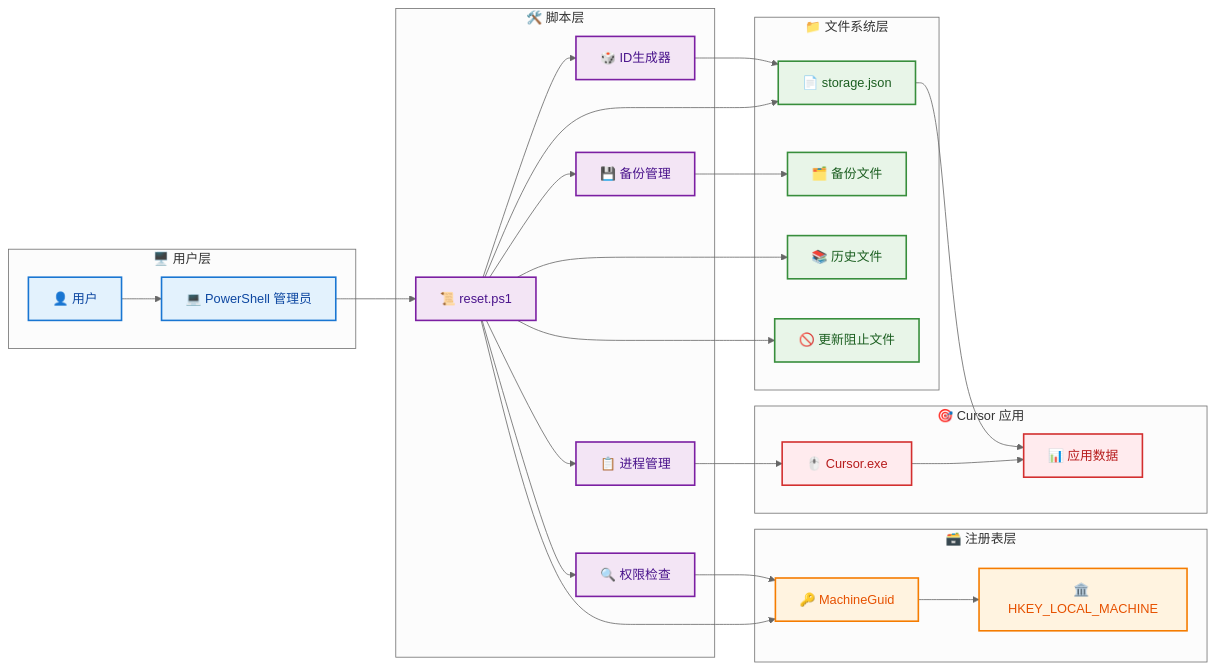
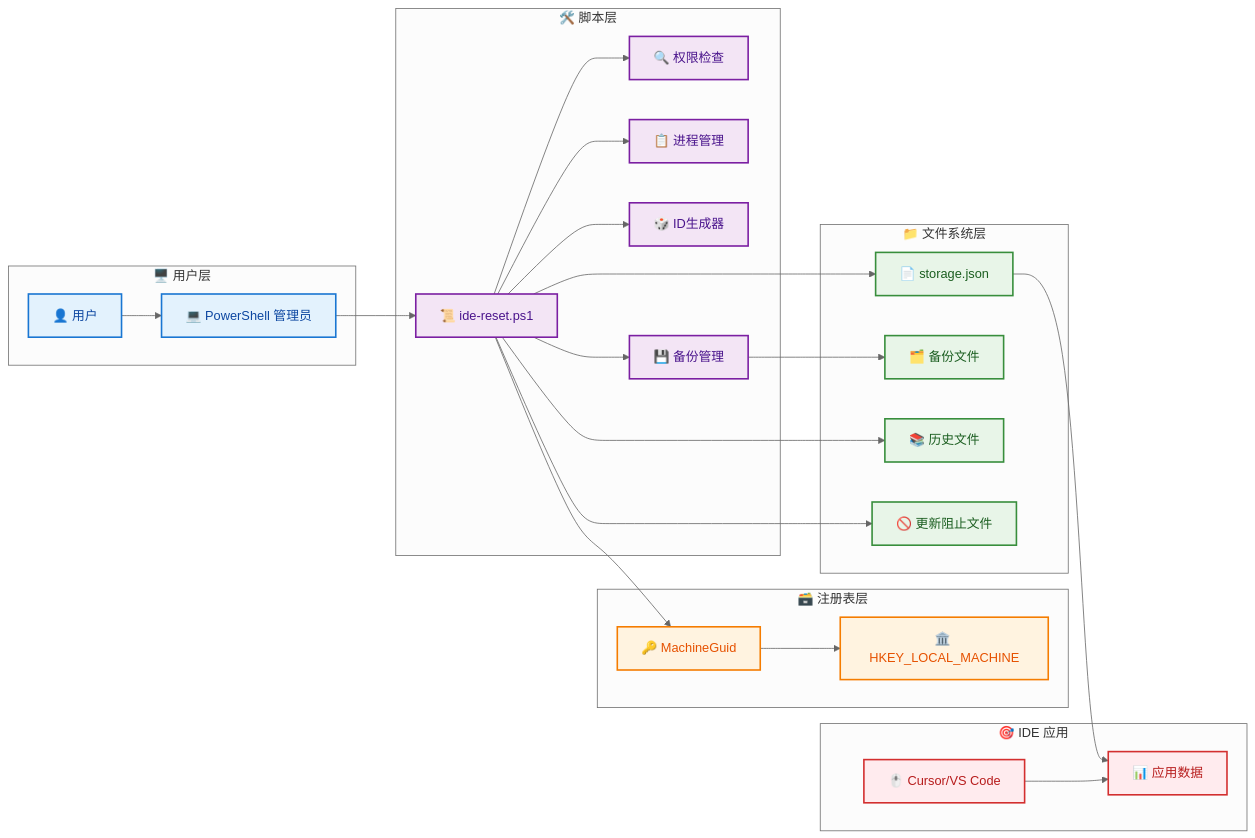
Before and after one commit to Ramys/Cursor-Ramys: the second of 2 diagrams in README.md, drawn with Mermaid (neutral theme). The commit also changed other lines of this file and 3 other files, not shown here.

````diff
--- a/README.md
+++ b/README.md
@@ -101,68 +155,64 @@
 ```mermaid
 graph LR
     subgraph "🖥️ 用户层"
         U[👤 用户]
         PS[💻 PowerShell 管理员]
     end
 
     subgraph "🛠️ 脚本层"
-        S[📜 reset.ps1]
+        S[📜 ide-reset.ps1]
         F1[🔍 权限检查]
         F2[📋 进程管理]
         F3[🎲 ID生成器]
         F4[💾 备份管理]
     end
 
     subgraph "📁 文件系统层"
         CF[📄 storage.json]
         BF[🗂️ 备份文件]
         HF[📚 历史文件]
         UF[🚫 更新阻止文件]
     end
 
     subgraph "🗃️ 注册表层"
         REG[🔑 MachineGuid]
         HKLM[🏛️ HKEY_LOCAL_MACHINE]
     end
 
-    subgraph "🎯 Cursor 应用"
-        APP[🖱️ Cursor.exe]
+    subgraph "🎯 IDE 应用"
+        APP[🖱️ Cursor/VS Code]
         DATA[📊 应用数据]
     end
 
-    %% 连接关系
     U --> PS
     PS --> S
     S --> F1
     S --> F2
     S --> F3
     S --> F4
 
-    F1 --> REG
-    F2 --> APP
-    F3 --> CF
     F4 --> BF
 
     S --> CF
     S --> HF
     S --> UF
     S --> REG
 
     REG --> HKLM
     CF --> DATA
     APP --> DATA
 
     %% 样式定义
     classDef userStyle fill:#E3F2FD,stroke:#1976D2,stroke-width:2px,color:#0D47A1
     classDef scriptStyle fill:#F3E5F5,stroke:#7B1FA2,stroke-width:2px,color:#4A148C
     classDef fileStyle fill:#E8F5E8,stroke:#388E3C,stroke-width:2px,color:#1B5E20
     classDef regStyle fill:#FFF3E0,stroke:#F57C00,stroke-width:2px,color:#E65100
     classDef appStyle fill:#FFEBEE,stroke:#D32F2F,stroke-width:2px,color:#B71C1C
 
     %% 应用样式
     class U,PS userStyle
     class S,F1,F2,F3,F4 scriptStyle
     class CF,BF,HF,UF fileStyle
     class REG,HKLM regStyle
     class APP,DATA appStyle
 ```
````
